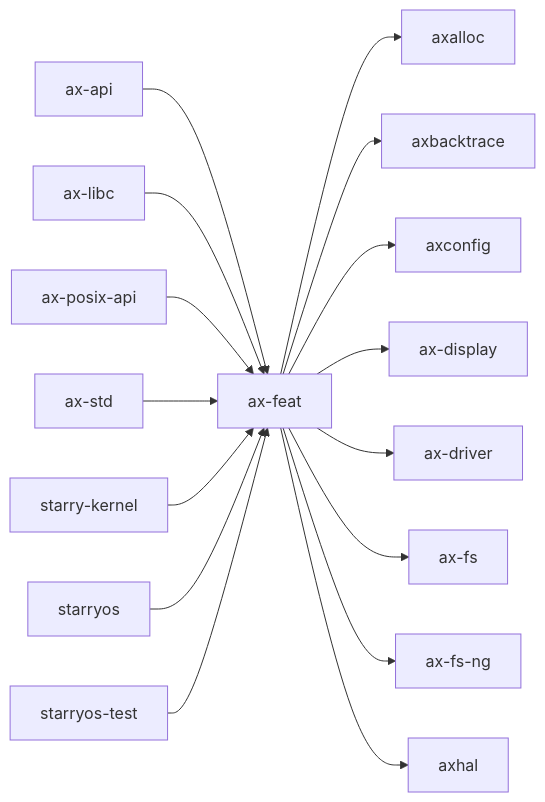
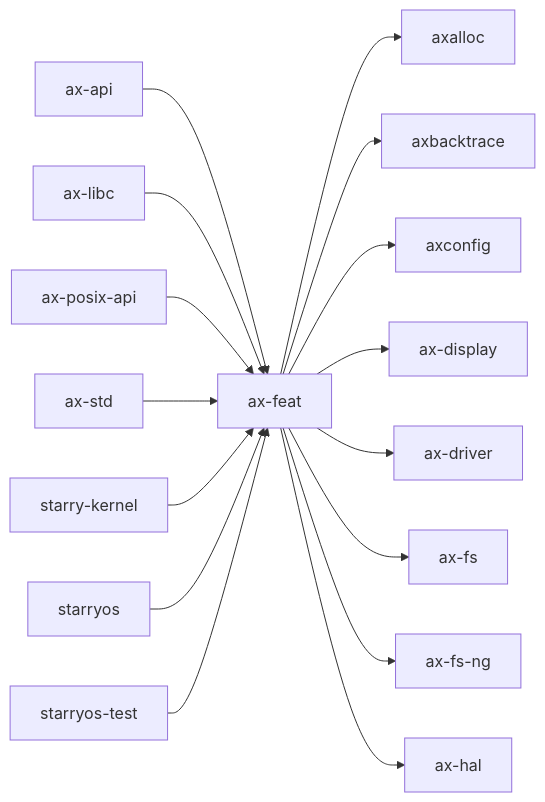
One commit to yfblock/tgoskits changed the diagram in docs/crates/ax-feat.md. Above: the diagram before and after it, drawn with Mermaid. The commit also changed other lines of this file and 158 other files, not shown here.

Commit message:
rename axhal to ax-hal

````diff
--- a/docs/crates/ax-feat.md
+++ b/docs/crates/ax-feat.md
@@ -31,19 +31,19 @@
 ```mermaid
 graph LR
     current["ax-feat"]
     current --> axalloc["axalloc"]
     current --> axbacktrace["axbacktrace"]
     current --> axconfig["axconfig"]
     current --> ax-display["ax-display"]
     current --> ax-driver["ax-driver"]
     current --> ax-fs["ax-fs"]
     current --> axfs_ng["ax-fs-ng"]
-    current --> axhal["axhal"]
+    current --> ax-hal["ax-hal"]
     ax_api["ax-api"] --> current
     ax_libc["ax-libc"] --> current
     ax_posix_api["ax-posix-api"] --> current
     ax_std["ax-std"] --> current
     starry_kernel["starry-kernel"] --> current
     starryos["starryos"] --> current
     starryos_test["starryos-test"] --> current
 ```
````
